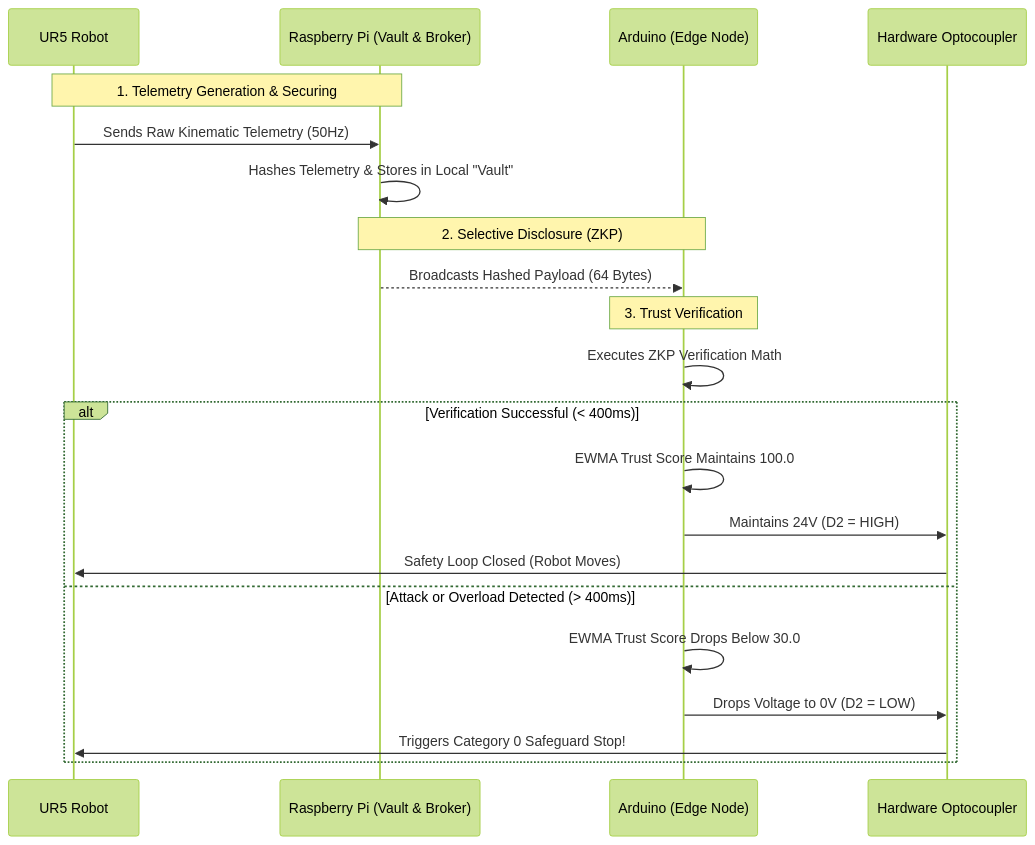
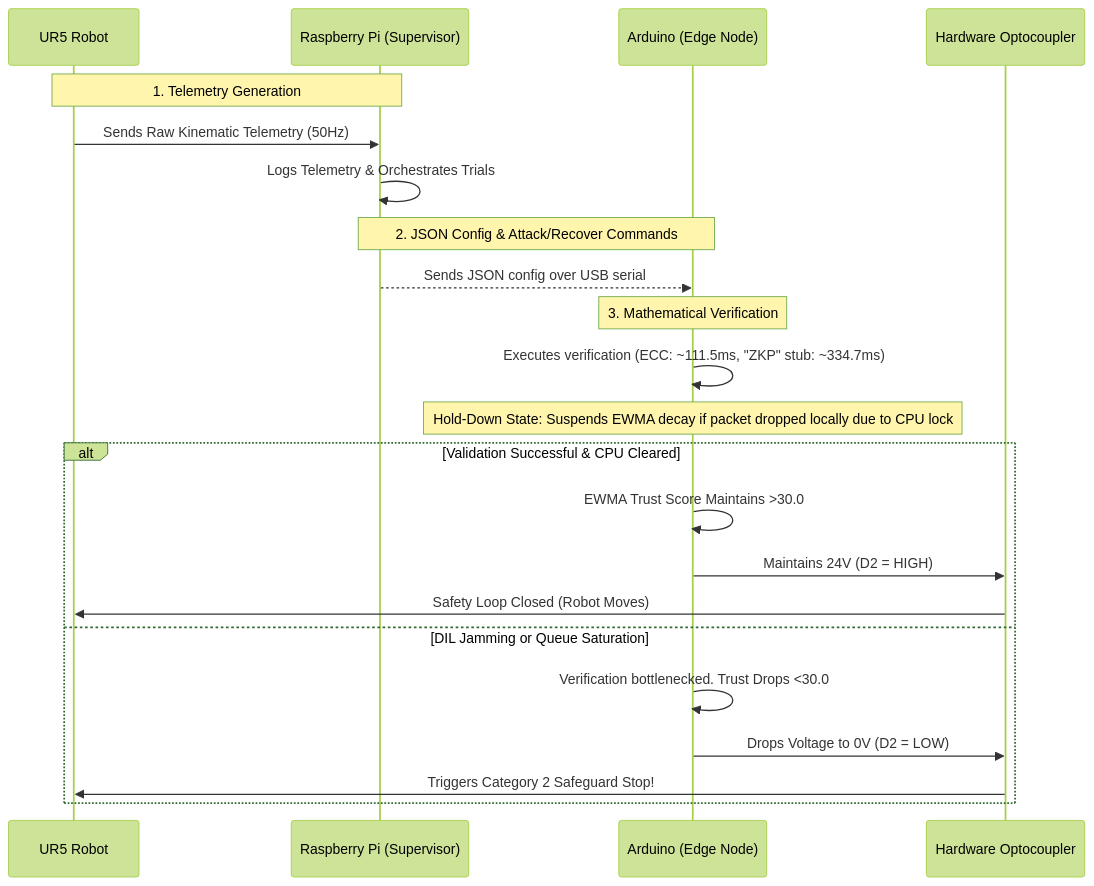
Before and after one commit to LukePepin/On-Edge: the diagram in docs/system_architecture.md, drawn with Mermaid (forest theme). The commit also changed other lines of this file and 34 other files, not shown here.

````diff
--- a/docs/system_architecture.md
+++ b/docs/system_architecture.md
@@ -9,30 +14,31 @@
 ```mermaid
 sequenceDiagram
     participant UR5 as UR5 Robot
-    participant PI as Raspberry Pi (Vault & Broker)
+    participant PI as Raspberry Pi (Supervisor)
     participant EDGE as Arduino (Edge Node)
     participant SAFETY as Hardware Optocoupler
     
-    %% Step 1: Generation
-    Note over UR5,PI: 1. Telemetry Generation & Securing
+    %% Step 1: Telemetry Generation
+    Note over UR5,PI: 1. Telemetry Generation
     UR5->>PI: Sends Raw Kinematic Telemetry (50Hz)
-    PI->>PI: Hashes Telemetry & Stores in Local "Vault"
+    PI->>PI: Logs Telemetry & Orchestrates Trials
     
-    %% Step 2: Decentralized Broadcast
-    Note over PI,EDGE: 2. Selective Disclosure (ZKP)
-    PI-->>EDGE: Broadcasts Hashed Payload (64 Bytes)
+    %% Step 2: Configuration & Commands
+    Note over PI,EDGE: 2. JSON Config & Attack/Recover Commands
+    PI-->>EDGE: Sends JSON config over USB serial
     
     %% Step 3: Edge Processing
-    Note over EDGE: 3. Trust Verification
-    EDGE->>EDGE: Executes ZKP Verification Math
+    Note over EDGE: 3. Mathematical Verification
+    EDGE->>EDGE: Executes verification (ECC: ~111.5ms, "ZKP" stub: ~334.7ms)
+    Note over EDGE: Hold-Down State: Suspends EWMA decay if packet dropped locally due to CPU lock
     
-    alt Verification Successful (< 400ms)
-        EDGE->>EDGE: EWMA Trust Score Maintains 100.0
+    alt Validation Successful & CPU Cleared
+        EDGE->>EDGE: EWMA Trust Score Maintains >30.0
         EDGE->>SAFETY: Maintains 24V (D2 = HIGH)
         SAFETY->>UR5: Safety Loop Closed (Robot Moves)
-    else Attack or Overload Detected (> 400ms)
-        EDGE->>EDGE: EWMA Trust Score Drops Below 30.0
+    else DIL Jamming or Queue Saturation
+        EDGE->>EDGE: Verification bottlenecked. Trust Drops <30.0
         EDGE->>SAFETY: Drops Voltage to 0V (D2 = LOW)
-        SAFETY->>UR5: Triggers Category 0 Safeguard Stop!
+        SAFETY->>UR5: Triggers Category 2 Safeguard Stop!
     end
 ```
````
